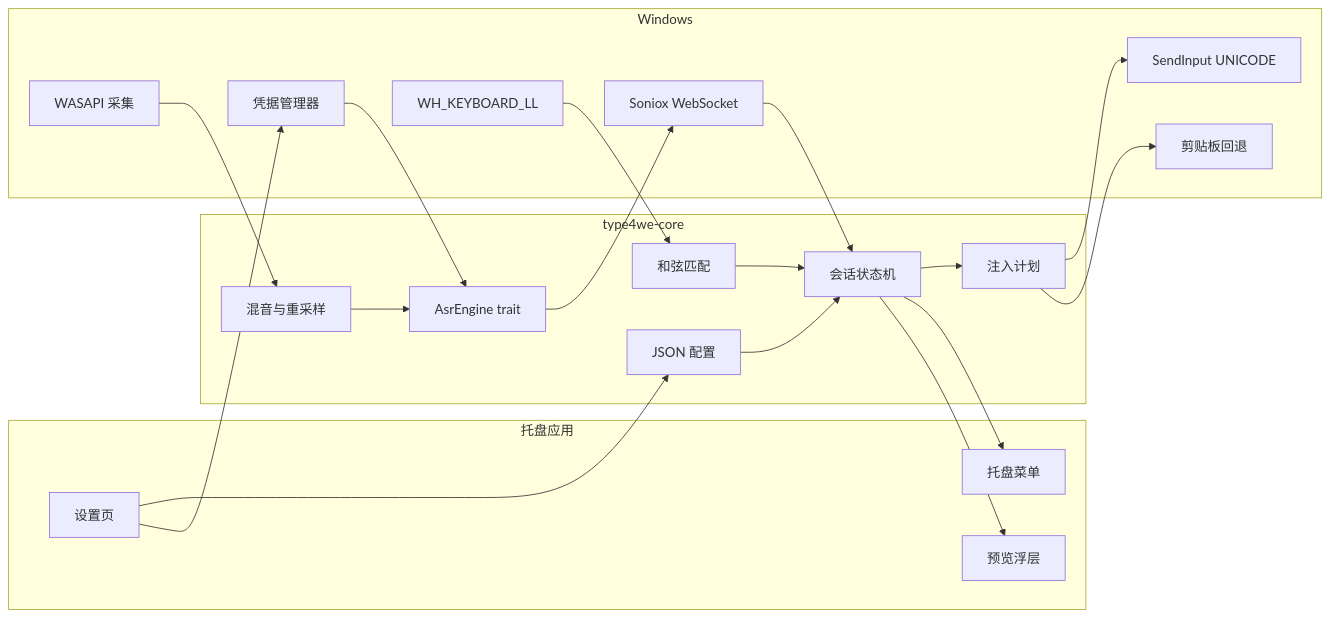
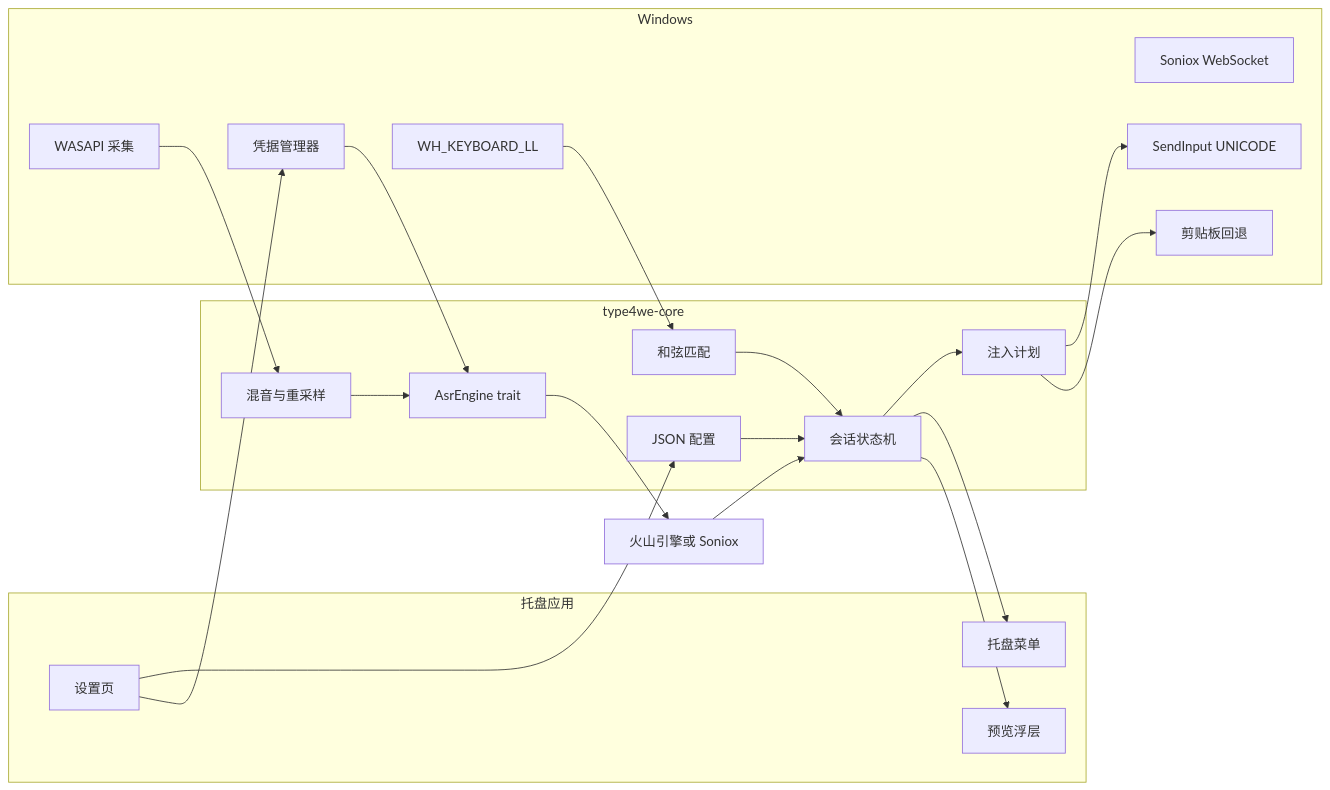
One commit to derlee/type4we changed the diagram in docs/zh/architecture.md. Above: the diagram before and after it, drawn with Mermaid. The commit also changed other lines of this file and 28 other files, not shown here.

````diff
--- a/docs/zh/architecture.md
+++ b/docs/zh/architecture.md
@@ -9,39 +9,39 @@
 ```mermaid
 flowchart LR
   subgraph tray [托盘应用]
     UI[设置页]
     Overlay[预览浮层]
     Tray[托盘菜单]
   end
 
   subgraph core [type4we-core]
     HotkeyLogic[和弦匹配]
     Session[会话状态机]
     Resample[混音与重采样]
     Protocol[AsrEngine trait]
     Plan[注入计划]
     Config[JSON 配置]
   end
 
   subgraph win [Windows]
     Hook[WH_KEYBOARD_LL]
     WASAPI[WASAPI 采集]
     Soniox[Soniox WebSocket]
     SendInput[SendInput UNICODE]
     Clip[剪贴板回退]
     Cred[凭据管理器]
   end
 
   Hook --> HotkeyLogic --> Session
   WASAPI --> Resample --> Protocol
-  Protocol --> Soniox
-  Soniox --> Session
+  Protocol --> Cloud[火山引擎或 Soniox]
+  Cloud --> Session
   Session --> Plan --> SendInput
   Plan --> Clip
   UI --> Config
   UI --> Cred
   Cred --> Protocol
   Config --> Session
   Session --> Tray
   Session --> Overlay
 ```
````
